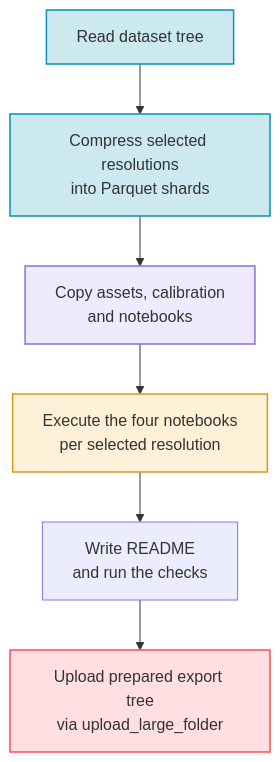
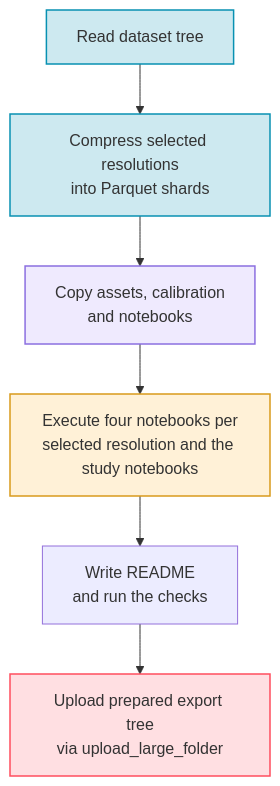
The diagram in docs/guide/export.md (ThalesGroup/passage), drawn with Mermaid before and after one commit. The commit also changed other lines of this file and 70 other files, not shown here.

````diff
--- a/docs/guide/export.md
+++ b/docs/guide/export.md
@@ -181,14 +185,14 @@
 ```mermaid
 flowchart TD
     A[Read dataset tree] --> B[Compress selected resolutions<br>into Parquet shards]
     B --> C[Copy assets, calibration<br>and notebooks]
-    C --> D[Execute the four notebooks<br>per selected resolution]
+    C --> D[Execute four notebooks per<br>selected resolution and the study notebooks]
     D --> E[Write README<br>and run the checks]
     E --> F[Upload prepared export tree<br>via upload_large_folder]
 
     style A fill:#0891b233,stroke:#0891b2,stroke-width:1.5px
     style B fill:#0891b233,stroke:#0891b2,stroke-width:1.5px
     style C fill:#a78bfa2e,stroke:#8b6fe0,stroke-width:1.5px
     style D fill:#ffb93833,stroke:#d99a1b,stroke-width:1.5px
     style F fill:#ff4d5e2e,stroke:#ff4d5e,stroke-width:1.5px
 ```
````
